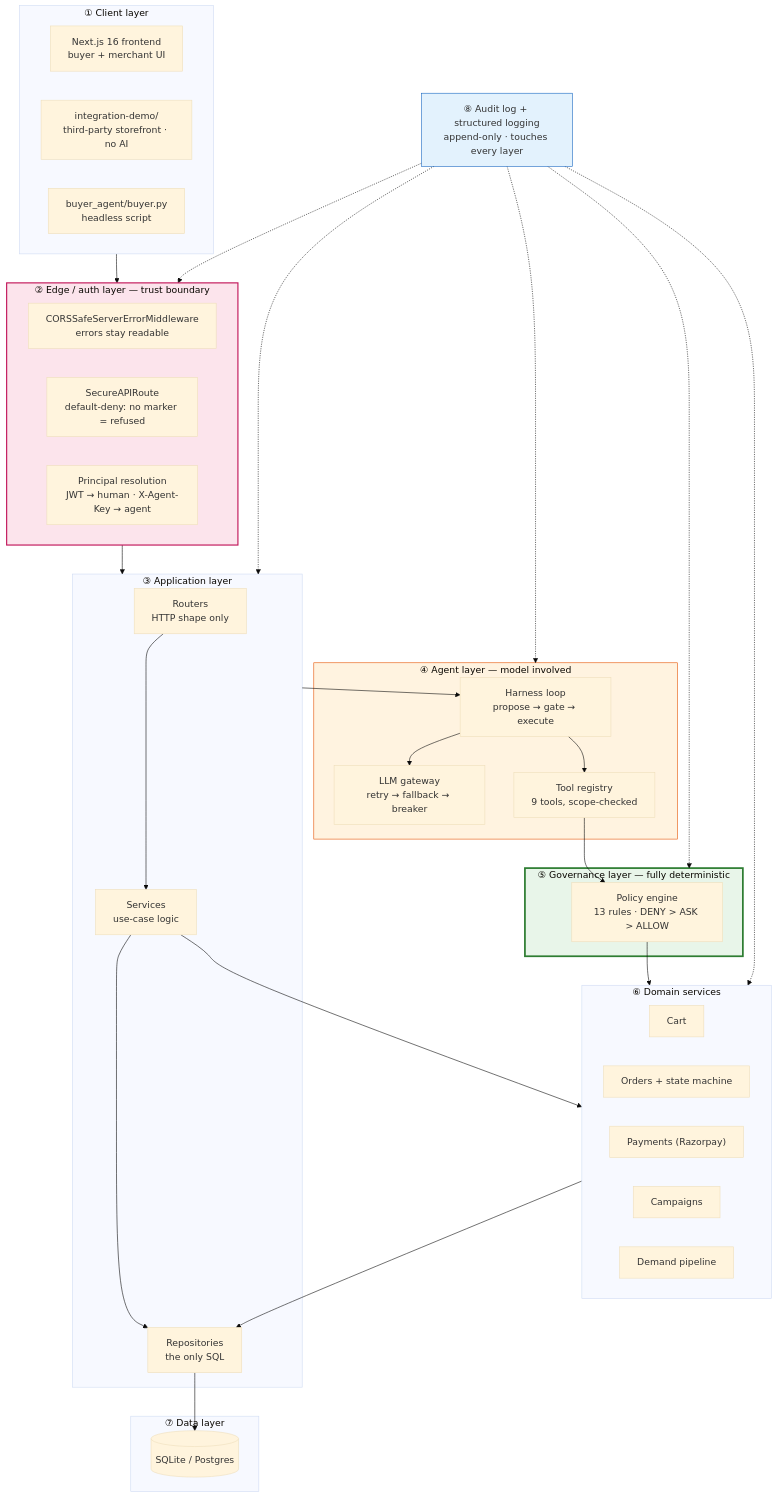
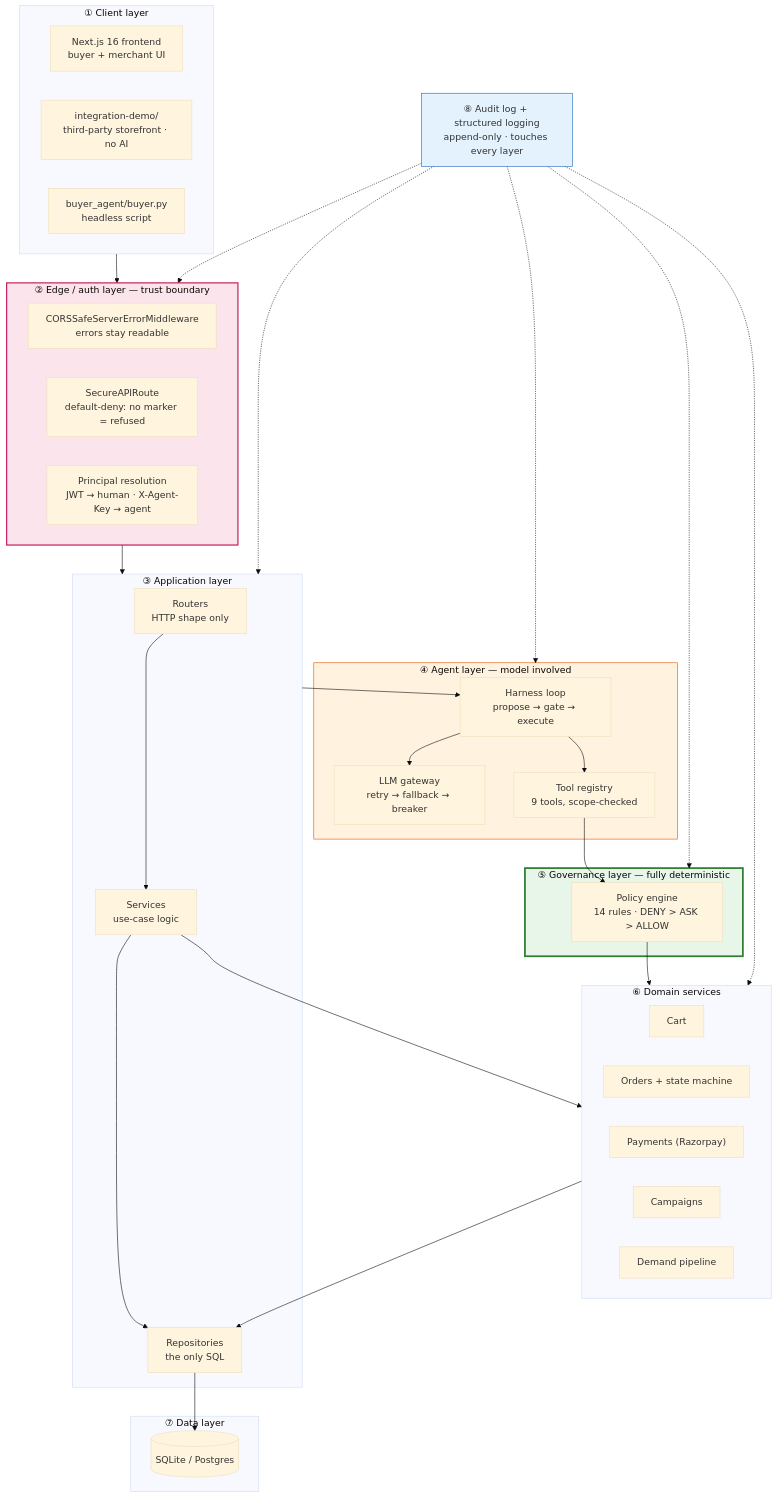
Before and after one commit to Bhuvanesh726/Agent_razorpay: the second of 8 diagrams in docs/ARCHITECTURE.md, drawn with Mermaid (base theme). The commit also changed other lines of this file and 22 other files, not shown here.

````diff
--- a/docs/ARCHITECTURE.md
+++ b/docs/ARCHITECTURE.md
@@ -78,65 +78,65 @@
 ```mermaid
 graph TD
     subgraph L1["① Client layer"]
         web["Next.js 16 frontend<br/>buyer + merchant UI"]
         third["integration-demo/<br/>third-party storefront · no AI"]
         headless["buyer_agent/buyer.py<br/>headless script"]
     end
 
     subgraph L2["② Edge / auth layer — trust boundary"]
         cors["CORSSafeServerErrorMiddleware<br/>errors stay readable"]
         route["SecureAPIRoute<br/>default-deny: no marker = refused"]
         princ["Principal resolution<br/>JWT → human · X-Agent-Key → agent"]
     end
 
     subgraph L3["③ Application layer"]
         routers["Routers<br/>HTTP shape only"]
         services["Services<br/>use-case logic"]
         repos["Repositories<br/>the only SQL"]
     end
 
     subgraph L4["④ Agent layer — model involved"]
         harness["Harness loop<br/>propose → gate → execute"]
         gateway["LLM gateway<br/>retry → fallback → breaker"]
         tools["Tool registry<br/>9 tools, scope-checked"]
     end
 
     subgraph L5["⑤ Governance layer — fully deterministic"]
-        policy["Policy engine<br/>13 rules · DENY > ASK > ALLOW"]
+        policy["Policy engine<br/>14 rules · DENY > ASK > ALLOW"]
     end
 
     subgraph L6["⑥ Domain services"]
         cart["Cart"]
         orders["Orders + state machine"]
         pay["Payments (Razorpay)"]
         camp["Campaigns"]
         demand["Demand pipeline"]
     end
 
     subgraph L7["⑦ Data layer"]
         db[("SQLite / Postgres")]
     end
 
     audit["⑧ Audit log + structured logging<br/>append-only · touches every layer"]
 
     L1 --> L2 --> L3
     routers --> services --> repos --> db
     services --> L6
     L3 --> harness
     harness --> gateway
     harness --> tools
     tools --> policy
     policy --> L6
     L6 --> repos
 
     audit -.-> L2
     audit -.-> L3
     audit -.-> L4
     audit -.-> L5
     audit -.-> L6
 
     style L5 fill:#e8f5e9,stroke:#2e7d32,stroke-width:3px
     style L4 fill:#fff3e0,stroke:#e65100
     style L2 fill:#fce4ec,stroke:#c2185b,stroke-width:2px
     style audit fill:#e3f2fd,stroke:#1565c0
 ```
````
